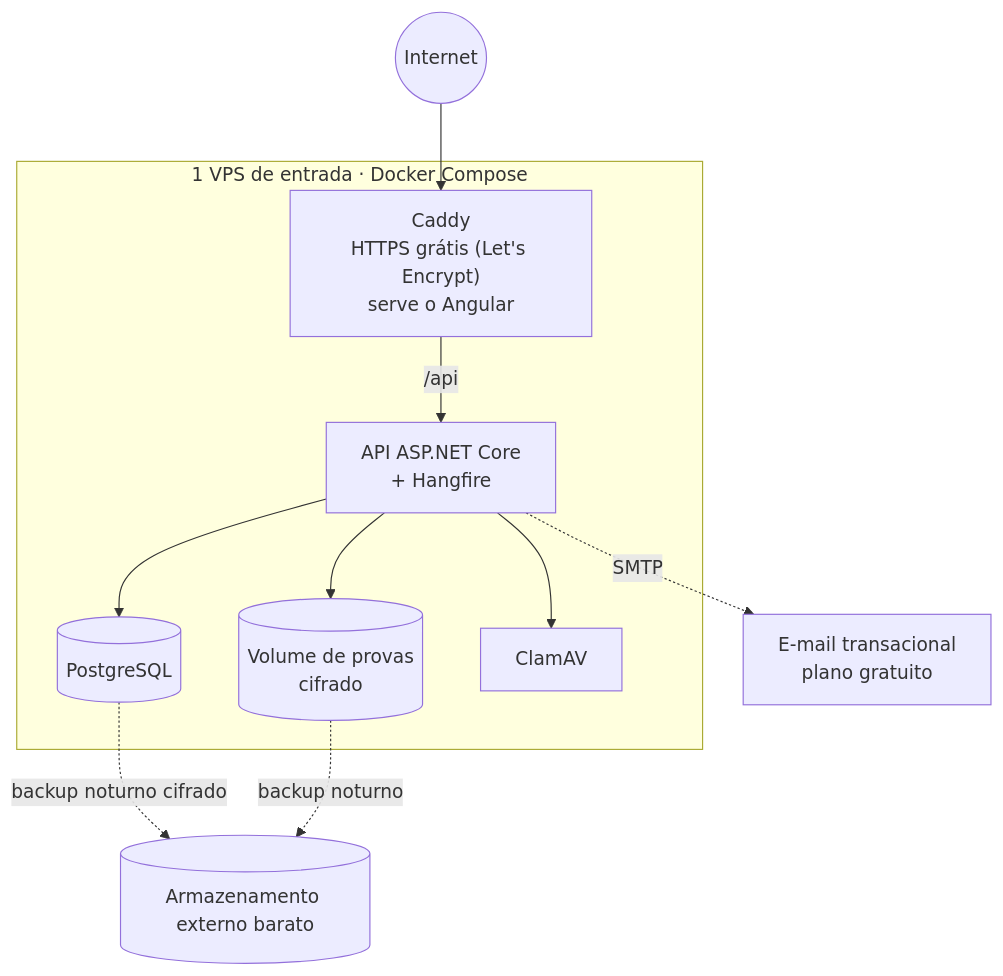
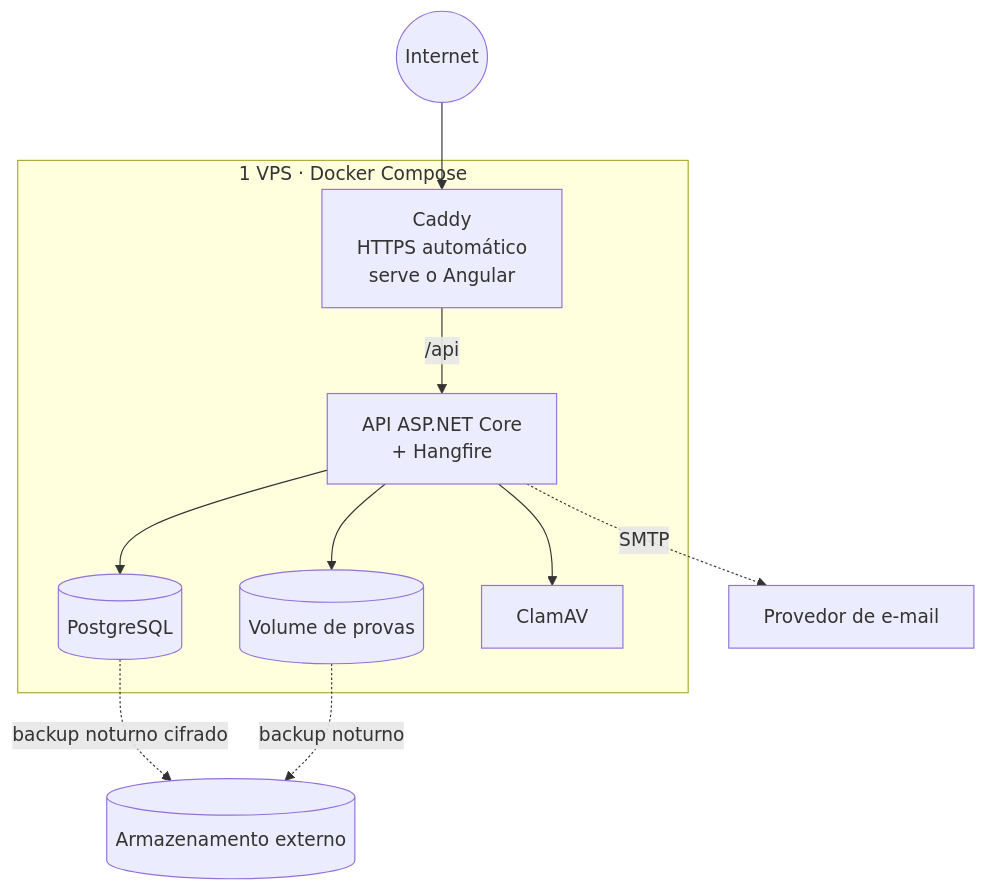
Before and after one commit to thiagomota456/denunciar-um-abuso-politico: the second of 2 diagrams in docs/arquitetura/01-visao-geral.md, drawn with Mermaid. The commit also changed other lines of this file and 10 other files, not shown here.

````diff
--- a/docs/arquitetura/01-visao-geral.md
+++ b/docs/arquitetura/01-visao-geral.md
@@ -58,13 +63,13 @@
 ```mermaid
 flowchart TB
     Internet((Internet)) --> Caddy
-    subgraph VPS["1 VPS de entrada · Docker Compose"]
-        Caddy["Caddy<br/>HTTPS grátis (Let's Encrypt)<br/>serve o Angular"] -->|/api| Api["API ASP.NET Core<br/>+ Hangfire"]
+    subgraph VPS["1 VPS · Docker Compose"]
+        Caddy["Caddy<br/>HTTPS automático<br/>serve o Angular"] -->|/api| Api["API ASP.NET Core<br/>+ Hangfire"]
         Api --> Pg[("PostgreSQL")]
-        Api --> Disco[("Volume de provas<br/>cifrado")]
+        Api --> Disco[("Volume de provas")]
         Api --> Clam["ClamAV"]
     end
-    Pg -. backup noturno cifrado .-> Backup[("Armazenamento externo barato")]
+    Pg -. backup noturno cifrado .-> Backup[("Armazenamento externo")]
     Disco -. backup noturno .-> Backup
-    Api -. SMTP .-> Email["E-mail transacional<br/>plano gratuito"]
+    Api -. SMTP .-> Email["Provedor de e-mail"]
 ```
````
